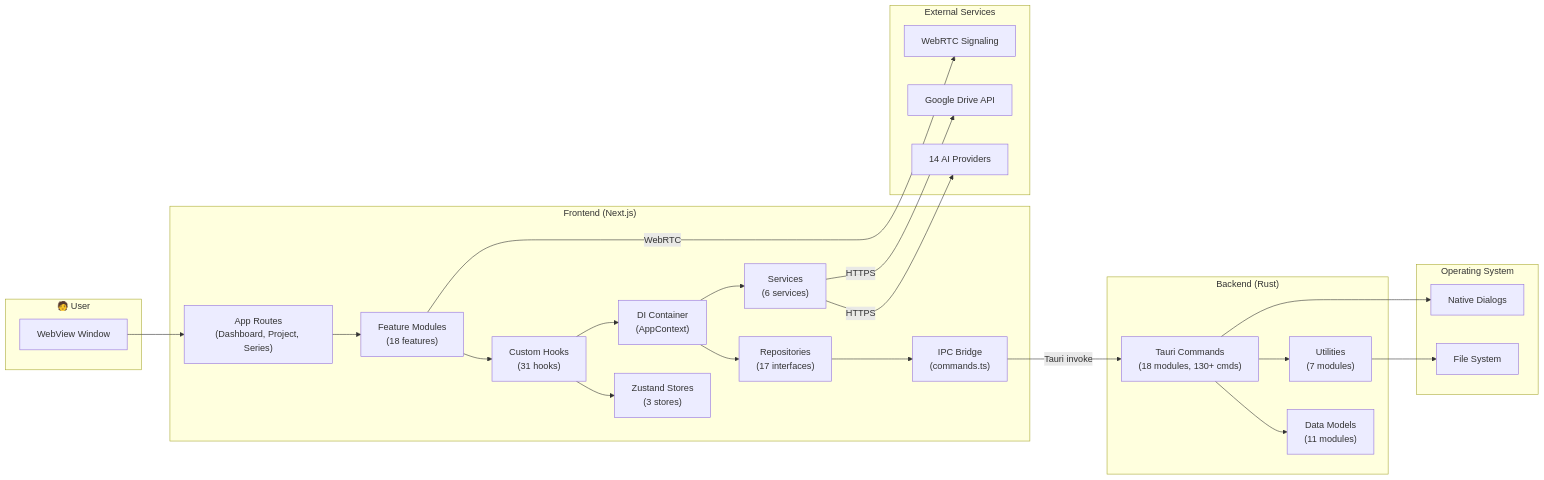
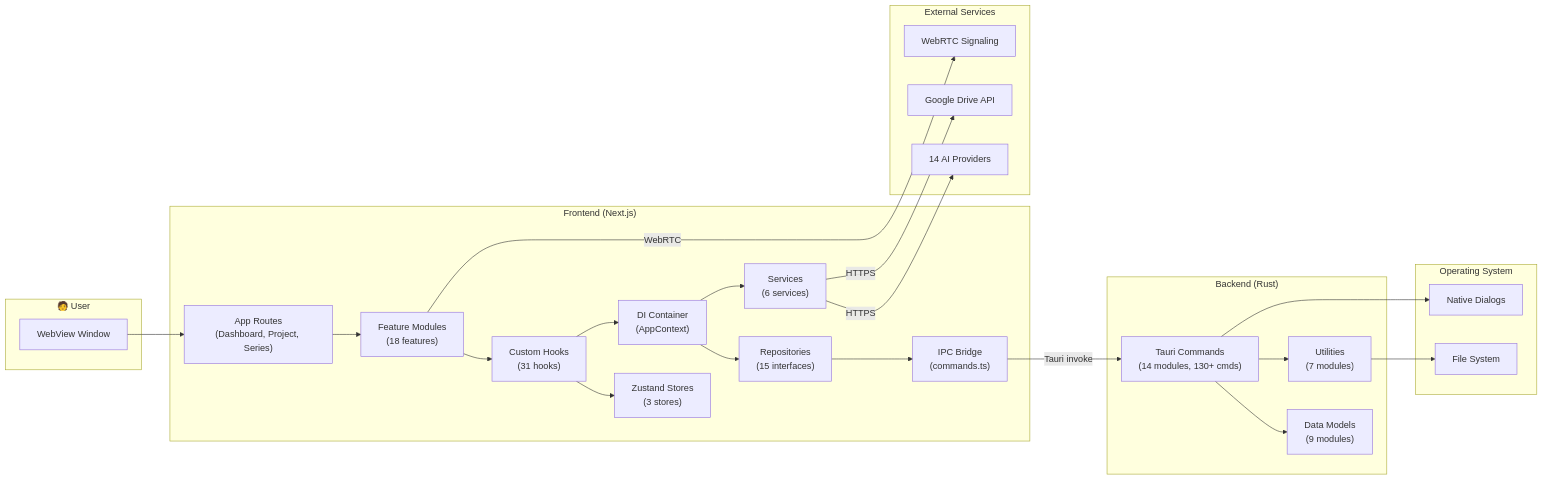
One commit to Sai-Roopesh/becomeAnAuthor changed the second of 6 diagrams in docs/hld.md. Above: the diagram before and after it, drawn with Mermaid. The commit also changed other lines of this file and 2 other files, not shown here.

First line of the commit message:
docs: remove references to deleted map and world timeline features

````diff
--- a/docs/hld.md
+++ b/docs/hld.md
@@ -259,47 +257,47 @@
 ```mermaid
 flowchart LR
     subgraph User["🧑 User"]
         Browser["WebView Window"]
     end
 
     subgraph Frontend["Frontend (Next.js)"]
         Pages["App Routes<br/>(Dashboard, Project, Series)"]
         Features["Feature Modules<br/>(18 features)"]
         Hooks["Custom Hooks<br/>(31 hooks)"]
         Stores["Zustand Stores<br/>(3 stores)"]
         DI["DI Container<br/>(AppContext)"]
-        Repos["Repositories<br/>(17 interfaces)"]
+    Repos["Repositories<br/>(15 interfaces)"]
         Services["Services<br/>(6 services)"]
         IPC["IPC Bridge<br/>(commands.ts)"]
     end
 
     subgraph Backend["Backend (Rust)"]
-        Commands["Tauri Commands<br/>(18 modules, 130+ cmds)"]
-        Models["Data Models<br/>(11 modules)"]
+        Commands["Tauri Commands<br/>(14 modules, 130+ cmds)"]
+        Models["Data Models<br/>(9 modules)"]
         Utils["Utilities<br/>(7 modules)"]
     end
 
     subgraph OS["Operating System"]
         FS["File System"]
         Dialog["Native Dialogs"]
     end
 
     subgraph External["External Services"]
         AIProviders["14 AI Providers"]
         GDrive["Google Drive API"]
         Signaling["WebRTC Signaling"]
     end
 
     Browser --> Pages --> Features --> Hooks
     Hooks --> Stores
     Hooks --> DI --> Repos --> IPC
     DI --> Services
     IPC -->|"Tauri invoke"| Commands
     Commands --> Models
     Commands --> Utils
     Utils --> FS
     Commands --> Dialog
     Services -->|"HTTPS"| AIProviders
     Services -->|"HTTPS"| GDrive
     Features -->|"WebRTC"| Signaling
 ```
````
